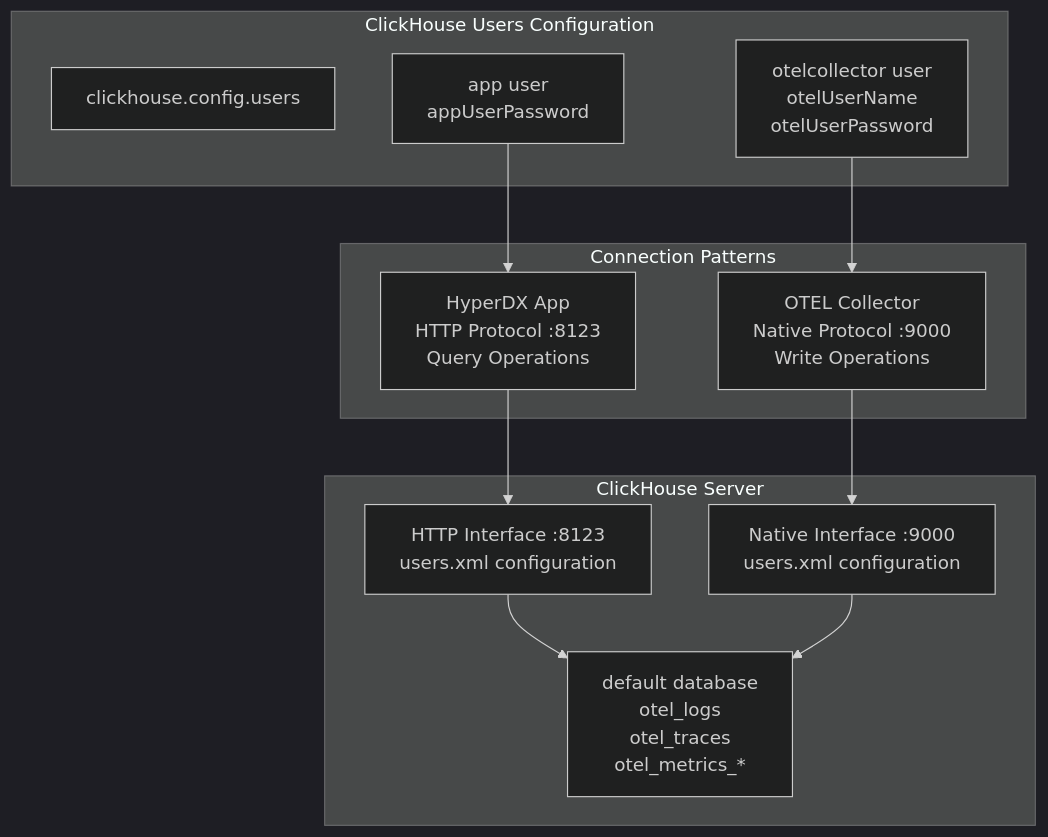
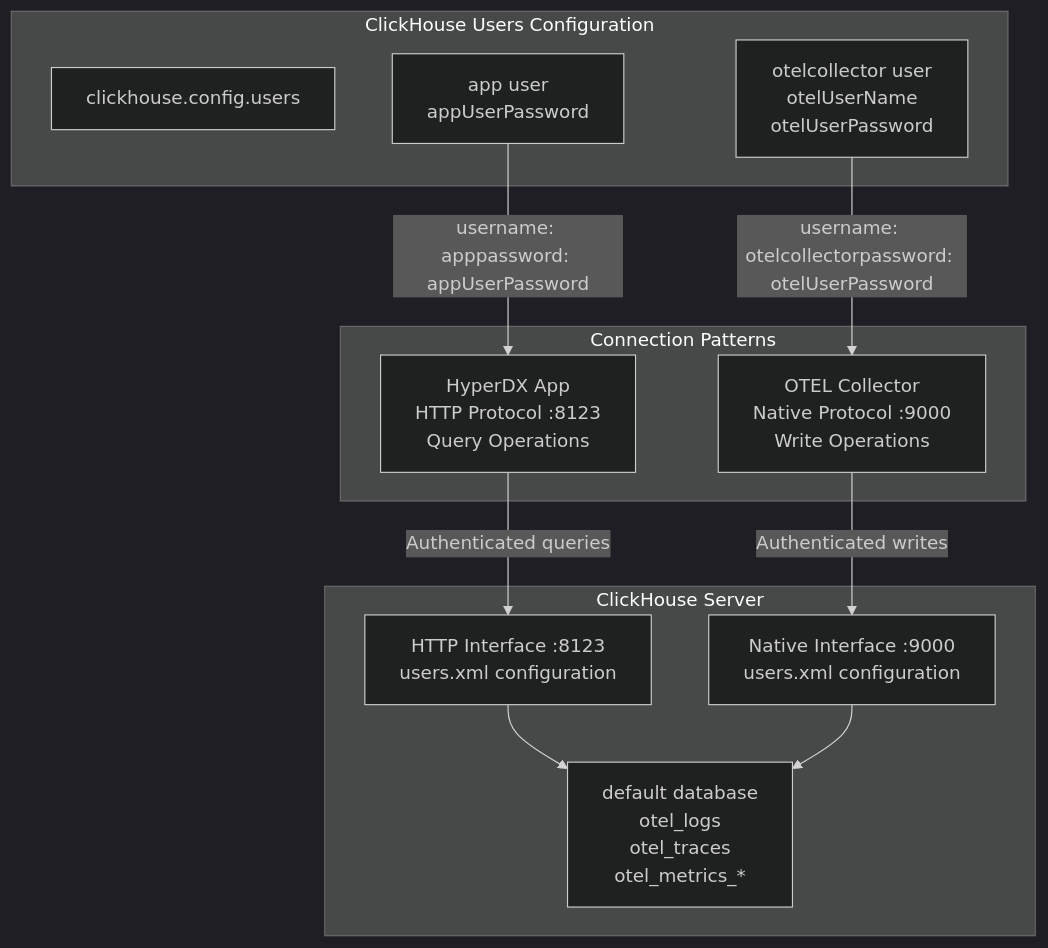
The fourth of 5 diagrams in docs/hyperdxio-helm-charts-docs/Security-Configuration.md (openchoreo/openchoreo), drawn with Mermaid (dark theme) before and after one commit. The commit also changed other lines of this file and 85 other files, not shown here.

Commit message:
feat: Add new workflow and specification templates, update Helm chart dependencies, and clarify documentation diagrams.

````diff
--- a/docs/hyperdxio-helm-charts-docs/Security-Configuration.md
+++ b/docs/hyperdxio-helm-charts-docs/Security-Configuration.md
@@ -242,36 +242,36 @@
 ```mermaid
 flowchart TD
 
 UsersConfig["clickhouse.config.users"]
 AppUser["app user<br>appUserPassword"]
 OTELUser["otelcollector user<br>otelUserName<br>otelUserPassword"]
 HyperDXHTTP["HyperDX App<br>HTTP Protocol :8123<br>Query Operations"]
 OTELNative["OTEL Collector<br>Native Protocol :9000<br>Write Operations"]
 HTTPPort["HTTP Interface :8123<br>users.xml configuration"]
 NativePort["Native Interface :9000<br>users.xml configuration"]
 Database["default database<br>otel_logs<br>otel_traces<br>otel_metrics_*"]
 
-AppUser --> HyperDXHTTP
-OTELUser --> OTELNative
-HyperDXHTTP --> HTTPPort
-OTELNative --> NativePort
+AppUser -->|"username: apppassword: appUserPassword"| HyperDXHTTP
+OTELUser -->|"username: otelcollectorpassword: otelUserPassword"| OTELNative
+HyperDXHTTP -->|"Authenticated queries"| HTTPPort
+OTELNative -->|"Authenticated writes"| NativePort
 
 subgraph subGraph2 ["ClickHouse Server"]
     HTTPPort
     NativePort
     Database
     HTTPPort --> Database
     NativePort --> Database
 end
 
 subgraph subGraph1 ["Connection Patterns"]
     HyperDXHTTP
     OTELNative
 end
 
 subgraph subGraph0 ["ClickHouse Users Configuration"]
     UsersConfig
     AppUser
     OTELUser
 end
 ```
````
